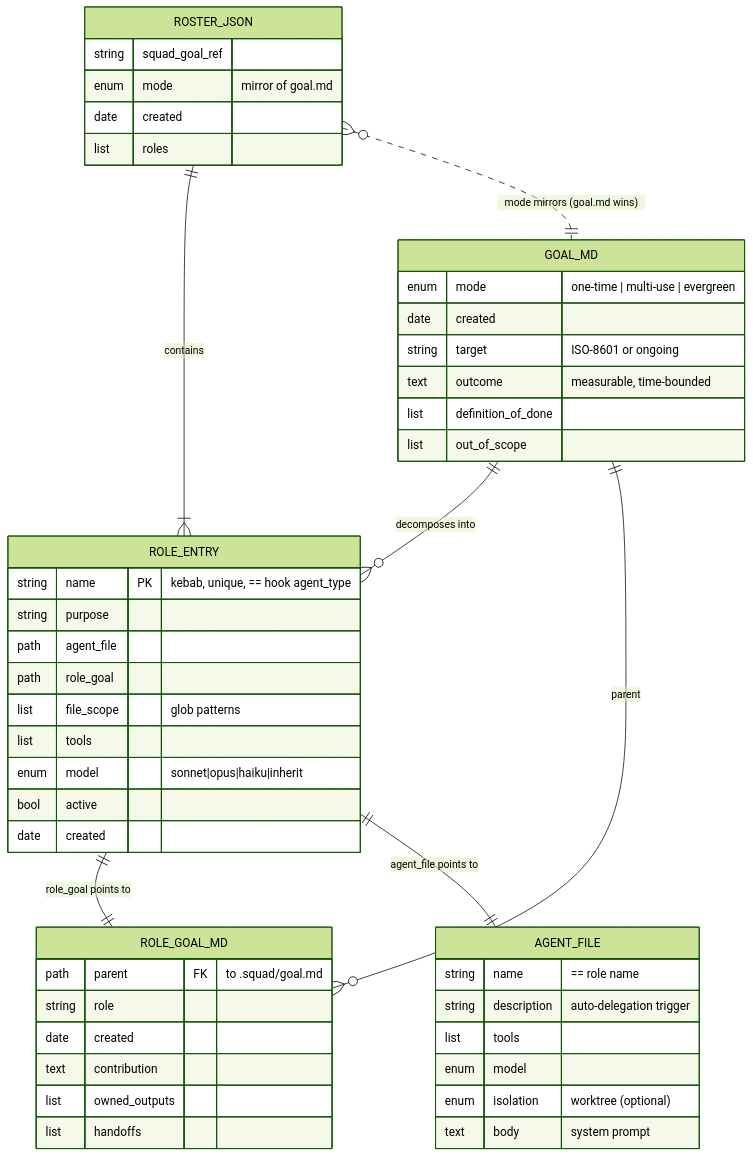
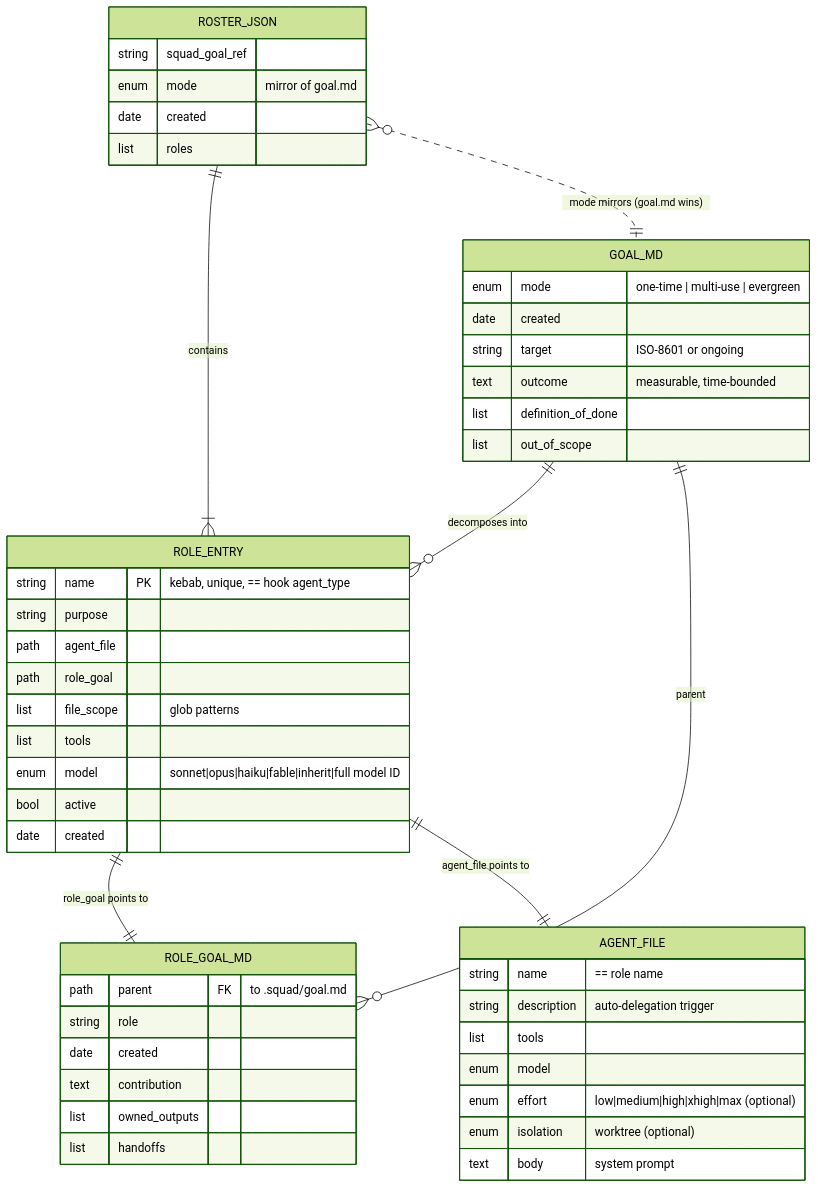
Before and after one commit to cheeky-amit/cheeky-squad-os: the third of 11 diagrams in LOGIC.md, drawn with Mermaid (forest theme). The commit also changed other lines of this file and 17 other files, not shown here.

````diff
--- a/LOGIC.md
+++ b/LOGIC.md
@@ -143,51 +143,52 @@
 ```mermaid
 erDiagram
     GOAL_MD     ||--o{ ROLE_ENTRY   : "decomposes into"
     ROSTER_JSON ||--|{ ROLE_ENTRY   : "contains"
     ROLE_ENTRY  ||--|| ROLE_GOAL_MD : "role_goal points to"
     ROLE_ENTRY  ||--|| AGENT_FILE   : "agent_file points to"
     ROLE_GOAL_MD }o--|| GOAL_MD     : "parent"
     ROSTER_JSON }o..|| GOAL_MD      : "mode mirrors (goal.md wins)"
 
     GOAL_MD {
         enum   mode               "one-time | multi-use | evergreen"
         date   created
         string target             "ISO-8601 or ongoing"
         text   outcome            "measurable, time-bounded"
         list   definition_of_done
         list   out_of_scope
     }
     ROSTER_JSON {
         string squad_goal_ref
         enum   mode               "mirror of goal.md"
         date   created
         list   roles
     }
     ROLE_ENTRY {
         string name      PK        "kebab, unique, == hook agent_type"
         string purpose
         path   agent_file
         path   role_goal
         list   file_scope          "glob patterns"
         list   tools
-        enum   model               "sonnet|opus|haiku|inherit"
+        enum   model               "sonnet|opus|haiku|fable|inherit|full model ID"
         bool   active
         date   created
     }
     ROLE_GOAL_MD {
         path   parent    FK        "to .squad/goal.md"
         string role
         date   created
         text   contribution
         list   owned_outputs
         list   handoffs
     }
     AGENT_FILE {
         string name                "== role name"
         string description         "auto-delegation trigger"
         list   tools
         enum   model
+        enum   effort              "low|medium|high|xhigh|max (optional)"
         enum   isolation           "worktree (optional)"
         text   body                "system prompt"
     }
 ```
````
